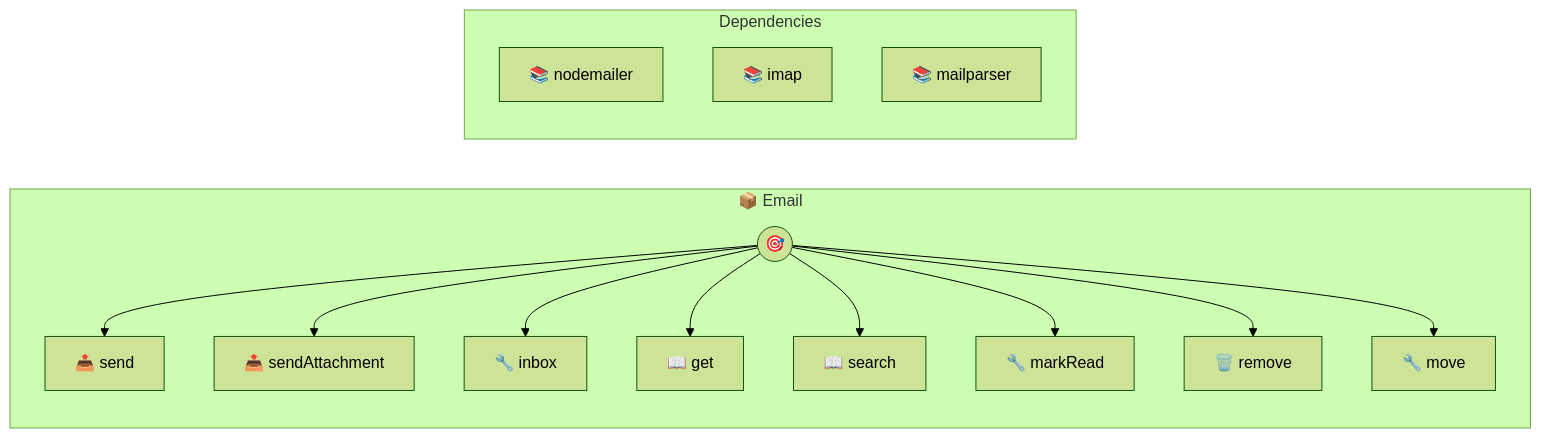
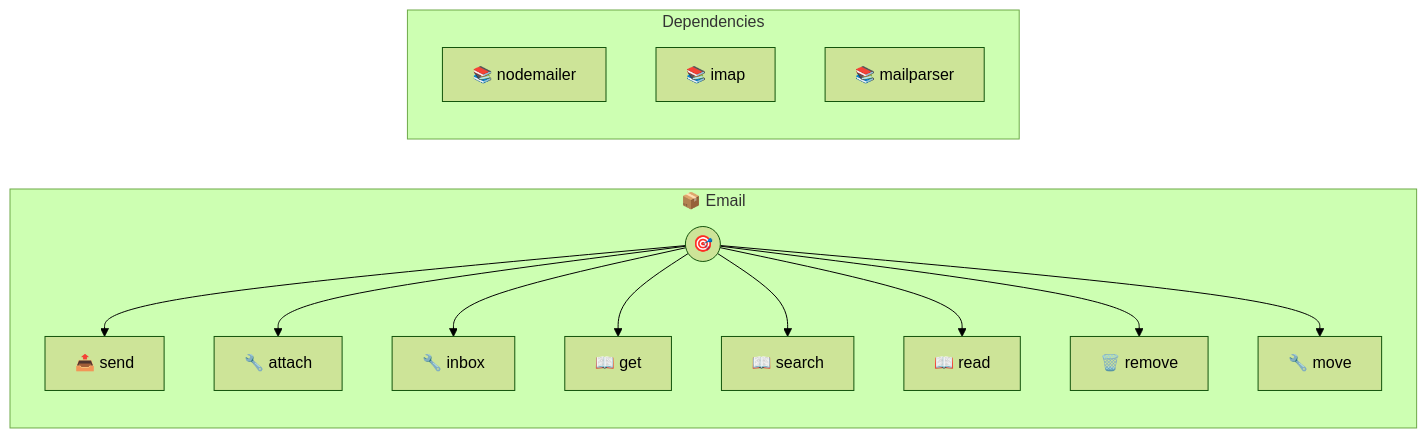
Before and after one commit to portel-dev/photons: the diagram in email.md, drawn with Mermaid (forest theme). The commit also changed other lines of this file and 17 other files, not shown here.

````diff
--- a/email.md
+++ b/email.md
@@ -198,30 +181,30 @@
 ```mermaid
 flowchart LR
     subgraph email["📦 Email"]
         direction TB
         PHOTON((🎯))
         T0[📤 send]
         PHOTON --> T0
-        T1[📤 sendAttachment]
+        T1[🔧 attach]
         PHOTON --> T1
         T2[🔧 inbox]
         PHOTON --> T2
         T3[📖 get]
         PHOTON --> T3
         T4[📖 search]
         PHOTON --> T4
-        T5[🔧 markRead]
+        T5[📖 read]
         PHOTON --> T5
         T6[🗑️ remove]
         PHOTON --> T6
         T7[🔧 move]
         PHOTON --> T7
     end
 
     subgraph deps["Dependencies"]
         direction TB
         NPM0[📚 nodemailer]
         NPM1[📚 imap]
         NPM2[📚 mailparser]
     end
 ```
````
